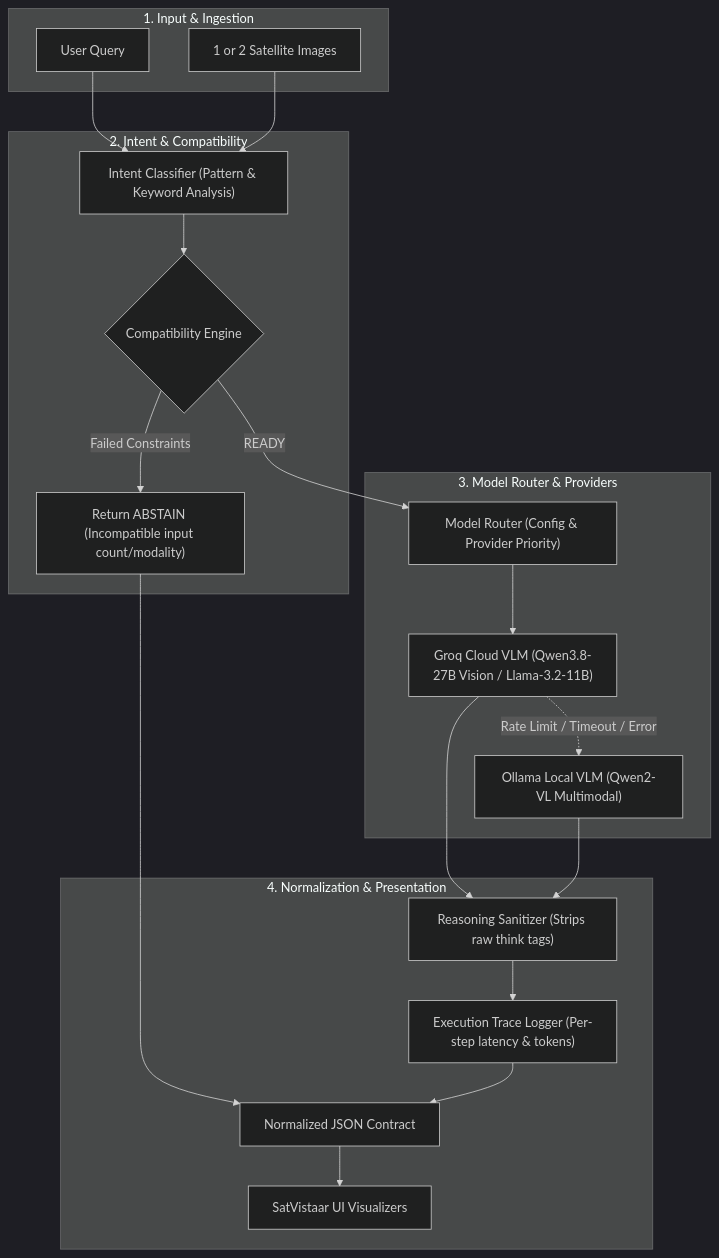
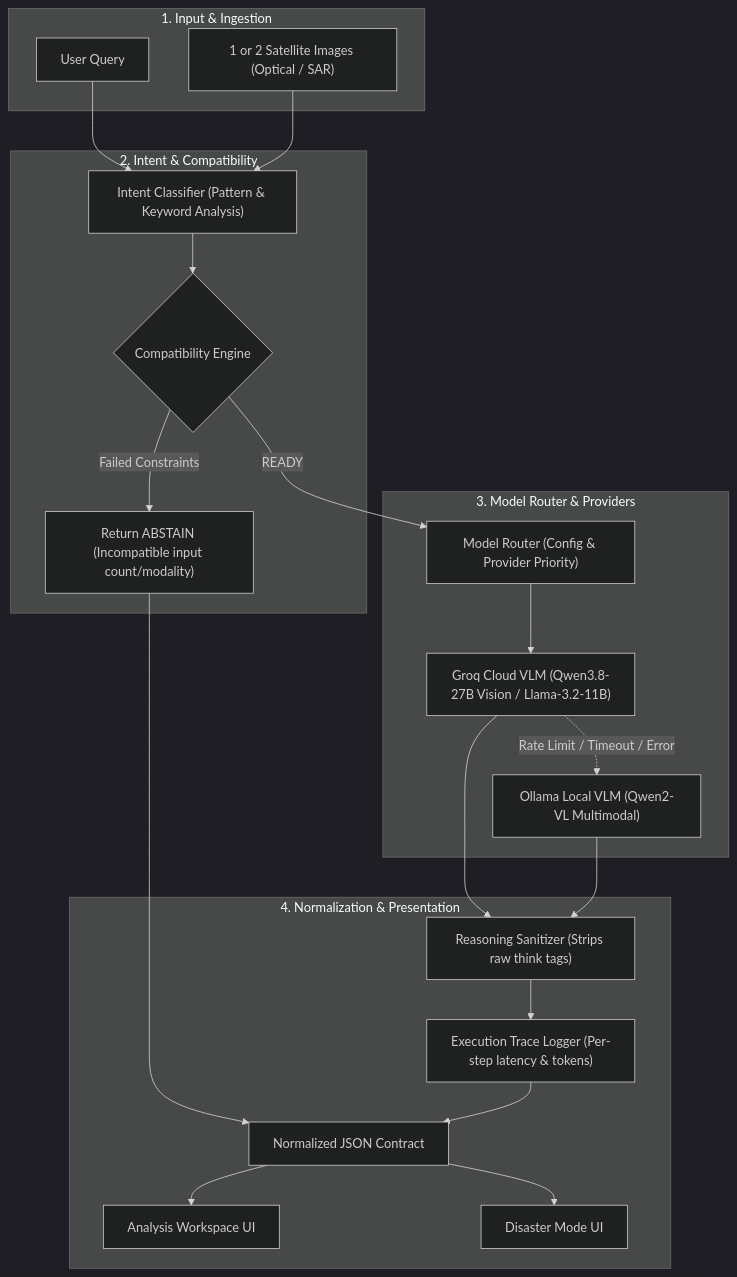
Before and after one commit to KrxnTech/SatVistaar-SIH: the third of 5 diagrams in README.md, drawn with Mermaid (dark theme). The commit also changed other lines of this file, not shown here.

````diff
--- a/README.md
+++ b/README.md
@@ -119,42 +131,45 @@
 ```mermaid
 flowchart TD
     subgraph InputLayer ["1. Input & Ingestion"]
         Query["User Query"]
-        Images["1 or 2 Satellite Images"]
+        Images["1 or 2 Satellite Images (Optical / SAR)"]
     end
 
     subgraph AgentLayer ["2. Intent & Compatibility"]
         IntentClassifier["Intent Classifier (Pattern & Keyword Analysis)"]
         CompatEngine{"Compatibility Engine"}
         AbstainHandler["Return ABSTAIN (Incompatible input count/modality)"]
     end
 
     subgraph RoutingLayer ["3. Model Router & Providers"]
         ModelRouter["Model Router (Config & Provider Priority)"]
         GroqVision["Groq Cloud VLM (Qwen3.8-27B Vision / Llama-3.2-11B)"]
         OllamaVision["Ollama Local VLM (Qwen2-VL Multimodal)"]
     end
 
     subgraph OutputLayer ["4. Normalization & Presentation"]
         ThinkSanitizer["Reasoning Sanitizer (Strips raw think tags)"]
         TraceLogger["Execution Trace Logger (Per-step latency & tokens)"]
         FinalJSON["Normalized JSON Contract"]
-        FrontendUI["SatVistaar UI Visualizers"]
+        FrontendUI["Analysis Workspace UI"]
+        DisasterUI["Disaster Mode UI"]
     end
 
     Query & Images --> IntentClassifier
     IntentClassifier --> CompatEngine
     CompatEngine -->|Failed Constraints| AbstainHandler
     CompatEngine -->|READY| ModelRouter
 
     ModelRouter --> GroqVision
     GroqVision -.->|Rate Limit / Timeout / Error| OllamaVision
 
     GroqVision --> ThinkSanitizer
     OllamaVision --> ThinkSanitizer
     AbstainHandler --> FinalJSON
 
     ThinkSanitizer --> TraceLogger
     TraceLogger --> FinalJSON
     FinalJSON --> FrontendUI
+    FinalJSON --> DisasterUI
+
 ```
````
